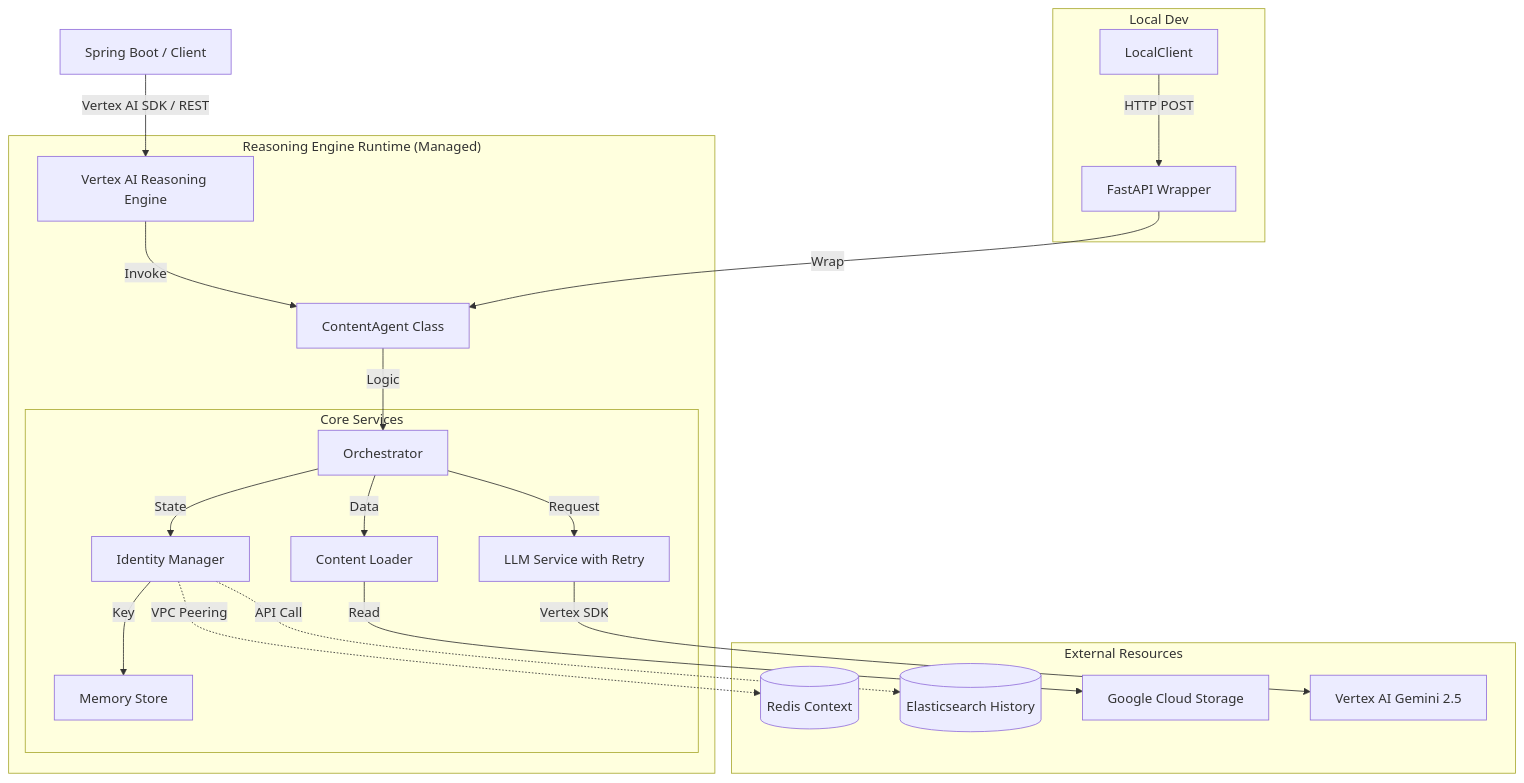
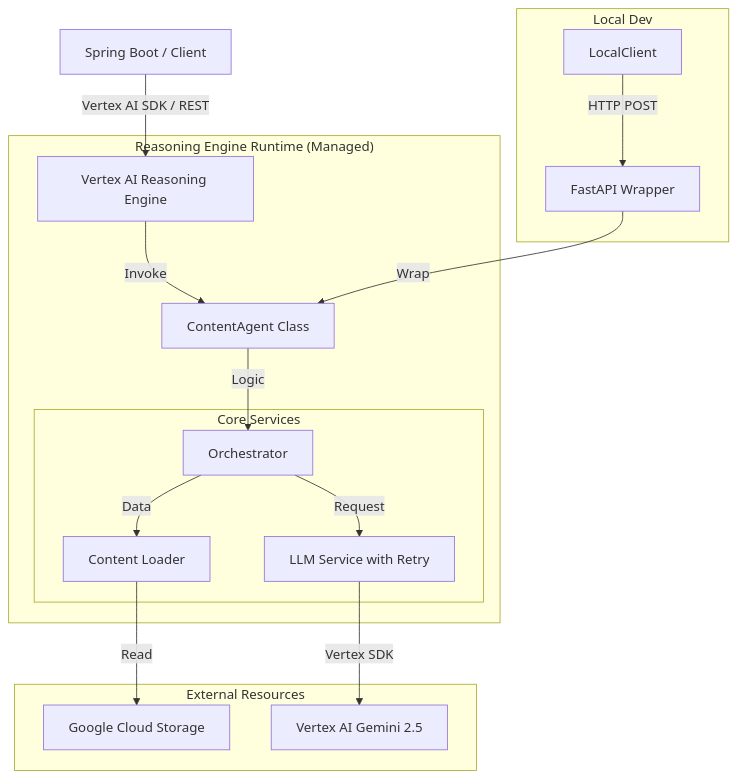
The diagram in documents/architecture.md (ParkKunSik/content-ai-agent), drawn with Mermaid before and after one commit. The commit also changed other lines of this file and 5 other files, not shown here.

````diff
--- a/documents/architecture.md
+++ b/documents/architecture.md
@@ -15,28 +14,24 @@
 ```mermaid
 graph TD
     Client[Spring Boot / Client] -- "Vertex AI SDK / REST" --> RE[Vertex AI Reasoning Engine]
     
     subgraph "Reasoning Engine Runtime (Managed)"
         RE -->|Invoke| Agent[ContentAgent Class]
         Agent -->|Logic| Orch[Orchestrator]
         
         subgraph "Core Services"
             Orch -->|Request| LLM[LLM Service with Retry]
-            Orch -->|State| ID[Identity Manager]
-            ID -->|Key| Mem[Memory Store]
             Orch -->|Data| Load[Content Loader]
         end
     end
     
     subgraph "External Resources"
-        ID -.->|VPC Peering| Redis[(Redis Context)]
-        ID -.->|API Call| ES[(Elasticsearch History)]
         Load -->|Read| GCS[Google Cloud Storage]
         LLM -->|Vertex SDK| Vertex[Vertex AI Gemini 2.5]
     end
     
     subgraph "Local Dev"
         LocalClient -- "HTTP POST" --> Fast[FastAPI Wrapper]
         Fast -->|Wrap| Agent
     end
 ```
````
